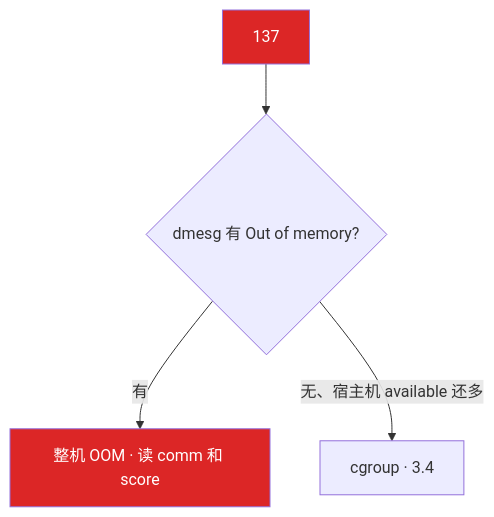
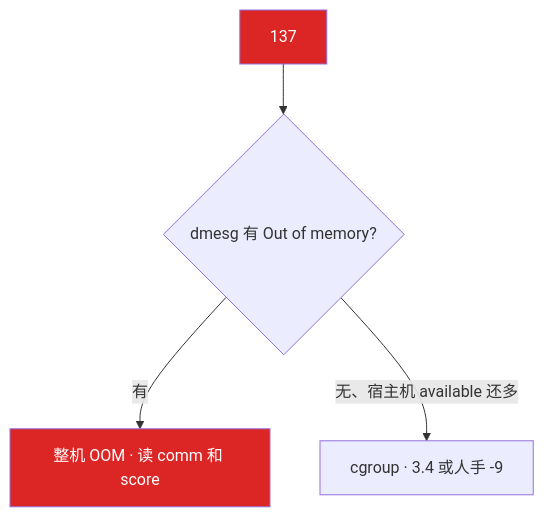
One commit to ml-cuizijun/LearnToLilith changed the fourth of 5 diagrams in 02-基础底座/04-内存与OOM/知识点.md. Above: the diagram before and after it, drawn with Mermaid. The commit also changed other lines of this file and 107 other files, not shown here.

````diff
--- a/02-基础底座/04-内存与OOM/知识点.md
+++ b/02-基础底座/04-内存与OOM/知识点.md
@@ -181,9 +256,9 @@
 ```mermaid
 flowchart TB
     A[137] --> B{dmesg 有 Out of memory?}
     B -->|有| C[整机 OOM · 读 comm 和 score]
-    B -->|无、宿主机 available 还多| D["cgroup · 3.4"]
+    B -->|无、宿主机 available 还多| D["cgroup · 3.4 或人手 -9"]
 
     classDef bad fill:#DC2626,color:#fff
     class A,C bad
 ```
````
